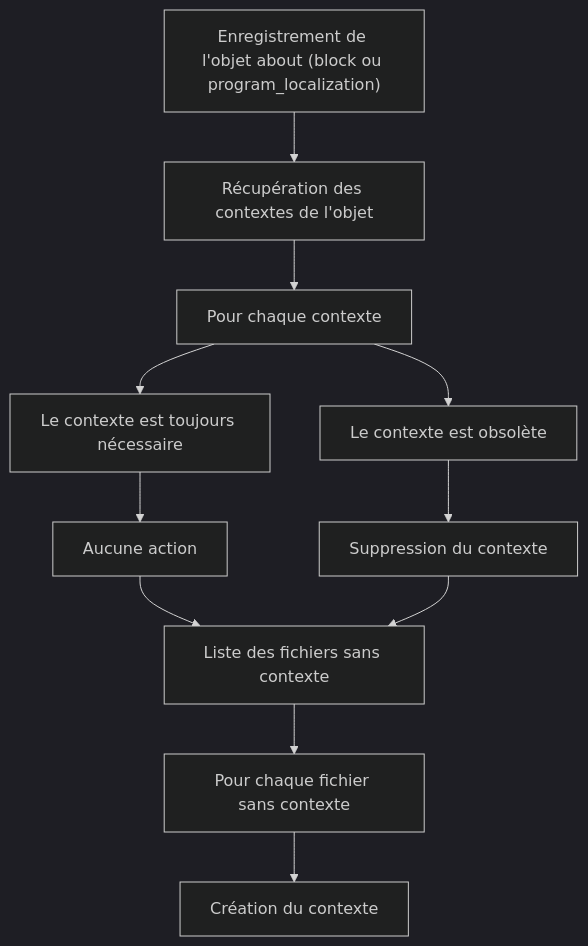
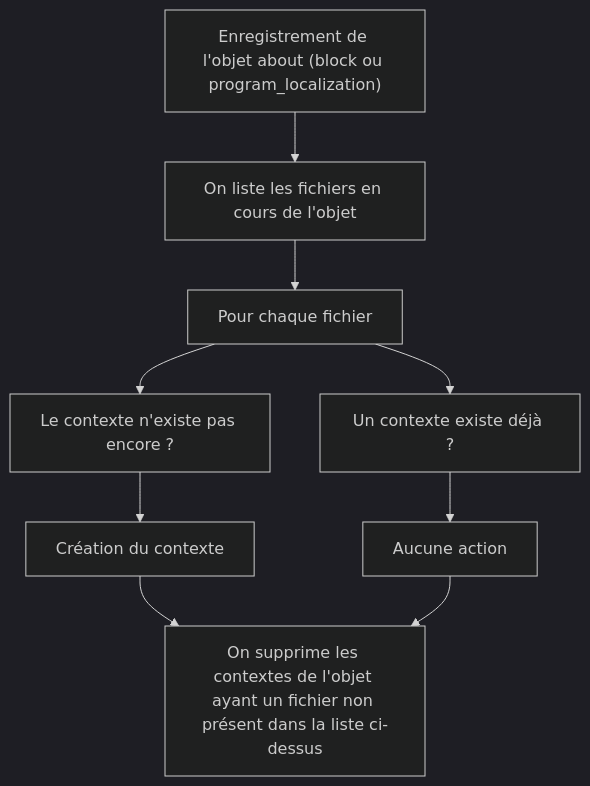
The second of 2 diagrams in content/docs/admin/composants/file-library.md (osunyorg/developers), drawn with Mermaid (dark theme) before and after one commit.

Commit message:
Update mermaid diagram in file-library.md

````diff
--- a/content/docs/admin/composants/file-library.md
+++ b/content/docs/admin/composants/file-library.md
@@ -37,18 +37,15 @@
 ```mermaid
 graph TD;
-  Enregistrement-->Contextes-->Contexte;
-  Contexte-->ContexteNecessaire-->Rien-->FichiersSansContexte;
-  Contexte-->ContexteObsolete-->SuppressionContexte-->FichiersSansContexte;
-  FichiersSansContexte-->FichierSansContexte-->CreationContexte
+  Enregistrement-->Fichiers-->Fichier;
+  Fichier-->ContexteNecessaire-->CreationContexte-->SuppressionContexteObsolete;
+  Fichier-->ContexteExiste-->Rien-->SuppressionContexteObsolete;
 
   Enregistrement["Enregistrement de l'objet about (block ou program_localization)"]
-  Contextes["Récupération des contextes de l'objet"]
-  Contexte["Pour chaque contexte"]
-  ContexteNecessaire["Le contexte est toujours nécessaire"]
-  ContexteObsolete["Le contexte est obsolète"]
-  SuppressionContexte["Suppression du contexte"]
+  Fichiers["On liste les fichiers en cours de l'objet"]
+  Fichier["Pour chaque fichier"]
+  ContexteNecessaire["Le contexte n'existe pas encore ?"]
+  ContexteExiste["Un contexte existe déjà ?"]
   CreationContexte["Création du contexte"]
   Rien["Aucune action"]
-  FichiersSansContexte["Liste des fichiers sans contexte"]
-  FichierSansContexte["Pour chaque fichier sans contexte"]
+  SuppressionContexteObsolete["On supprime les contextes de l'objet ayant un fichier non présent dans la liste ci-dessus"]
 ```
````
